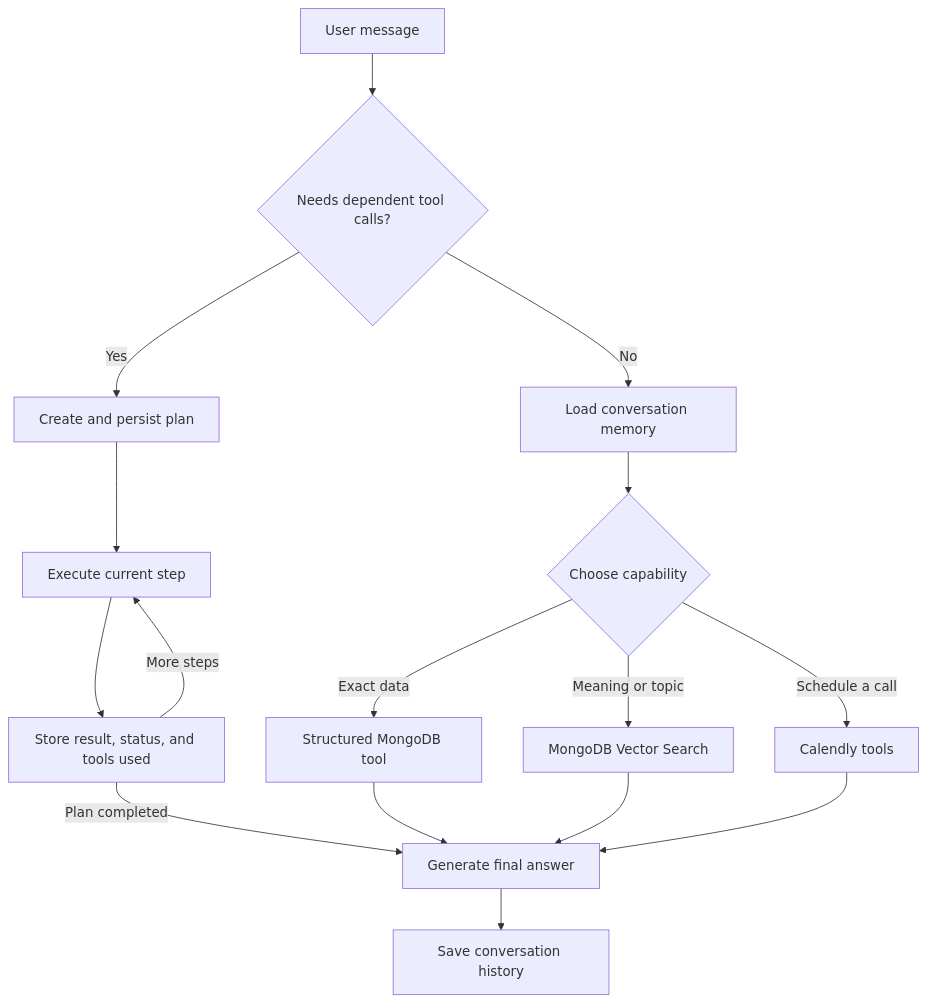
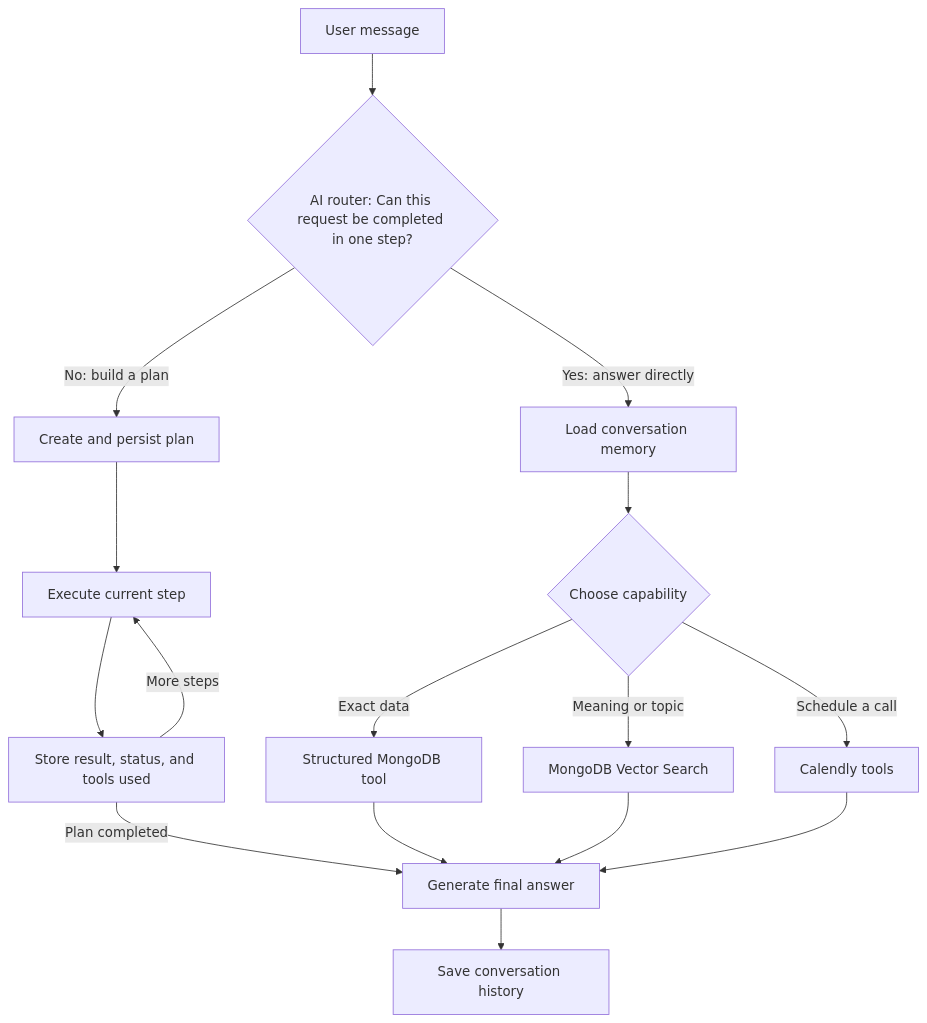
One commit to ricardohsmello/ricai-personal-content-agent changed the diagram in README.md. Above: the diagram before and after it, drawn with Mermaid. The commit also changed other lines of this file, not shown here.

Commit message:
Improving readme

````diff
--- a/README.md
+++ b/README.md
@@ -17,21 +17,21 @@
 ```mermaid
 flowchart TD
-    Q["User message"] --> R{"Needs dependent tool calls?"}
+    Q["User message"] --> R{"AI router: Can this request be completed in one step?"}
 
-    R -->|"No"| M["Load conversation memory"]
+    R -->|"Yes: answer directly"| M["Load conversation memory"]
     M --> D{"Choose capability"}
     D -->|"Exact data"| T["Structured MongoDB tool"]
     D -->|"Meaning or topic"| V["MongoDB Vector Search"]
     D -->|"Schedule a call"| C["Calendly tools"]
 
-    R -->|"Yes"| P["Create and persist plan"]
+    R -->|"No: build a plan"| P["Create and persist plan"]
     P --> E["Execute current step"]
     E --> S["Store result, status, and tools used"]
     S -->|"More steps"| E
     S -->|"Plan completed"| A["Generate final answer"]
 
     T --> A
     V --> A
     C --> A
     A --> H["Save conversation history"]
 ```
````
